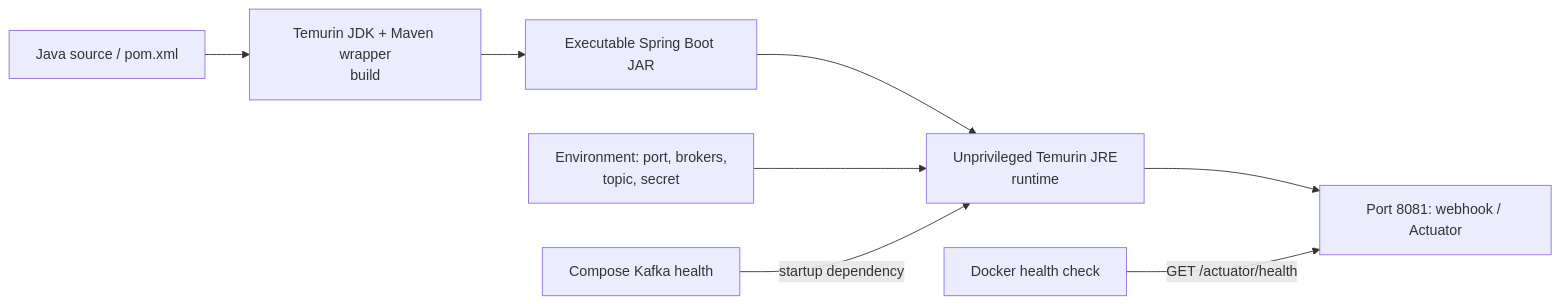
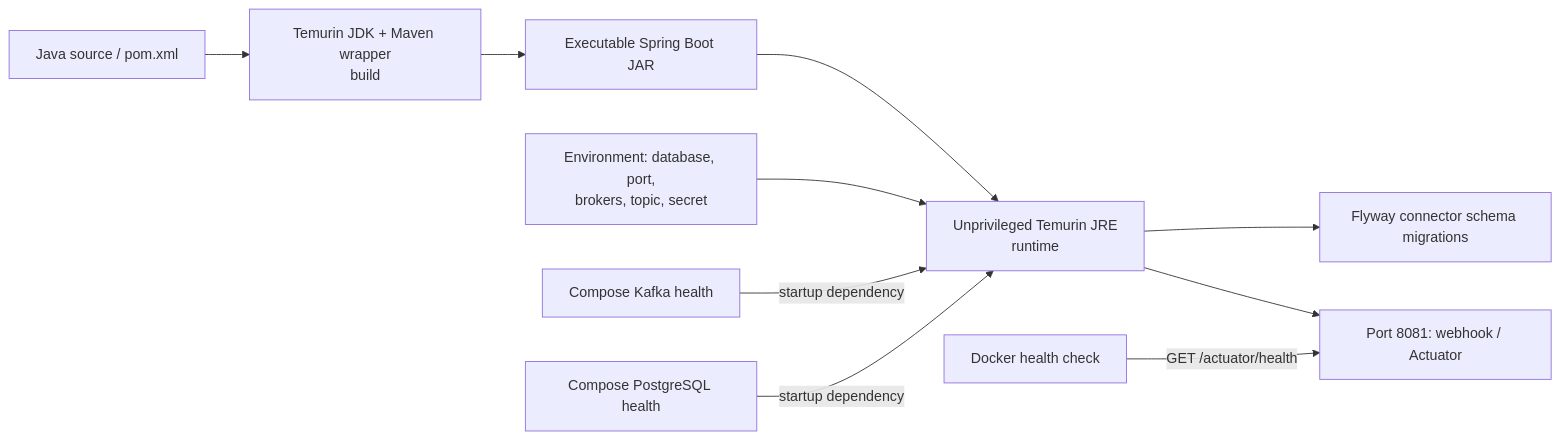
Before and after one commit to ChangeGuardHQ/changuard-platform: the second of 12 diagrams in backend/README.md, drawn with Mermaid. The commit also changed other lines of this file and 29 other files, not shown here.

Commit message:
added postgreSQL and connector persistence

````diff
--- a/backend/README.md
+++ b/backend/README.md
@@ -94,10 +107,12 @@
 ```mermaid
 flowchart LR
     Source["Java source / pom.xml"] --> Maven["Temurin JDK + Maven wrapper<br/>build"]
     Maven --> Jar["Executable Spring Boot JAR"]
     Jar --> Runtime["Unprivileged Temurin JRE<br/>runtime"]
-    Config["Environment: port, brokers,<br/>topic, secret"] --> Runtime
+    Config["Environment: database, port,<br/>brokers, topic, secret"] --> Runtime
     Kafka["Compose Kafka health"] -->|"startup dependency"| Runtime
+    Postgres["Compose PostgreSQL health"] -->|"startup dependency"| Runtime
+    Runtime --> Migration["Flyway connector schema migrations"]
     Runtime --> HTTP["Port 8081: webhook / Actuator"]
     Probe["Docker health check"] -->|"GET /actuator/health"| HTTP
 ```
````
